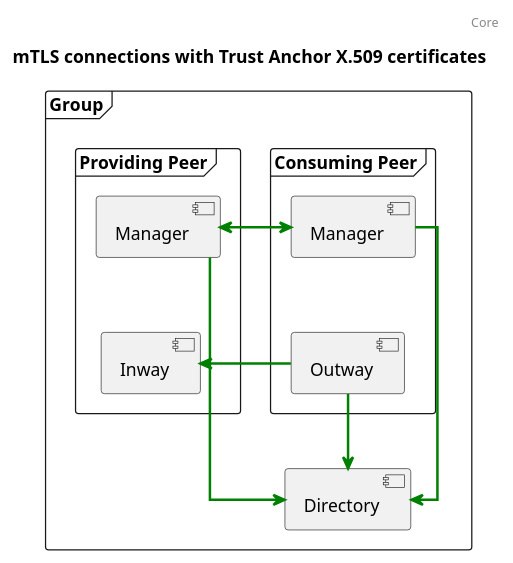
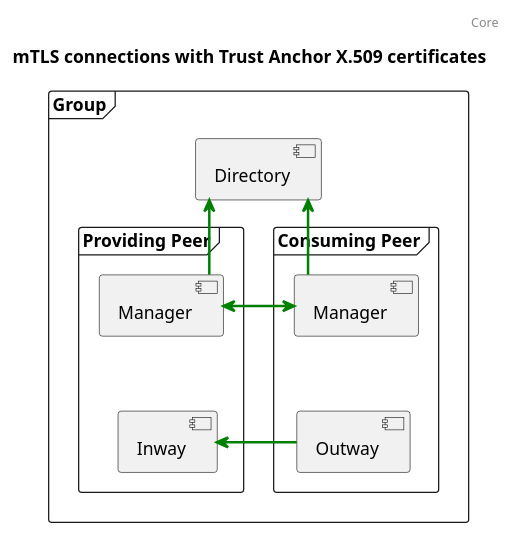
The diagram in diagrams/seq-mtls-connections.puml (Logius-standaarden/fsc-core), drawn with PlantUML before and after one commit. The commit also changed 2 other files, not shown here.

```diff
--- a/diagrams/seq-mtls-connections.puml
+++ b/diagrams/seq-mtls-connections.puml
@@ -1,29 +1,28 @@
 @startuml
 
 header: Core
 title mTLS connections with Trust Anchor X.509 certificates
 
 frame "Group" {
   frame "Consuming Peer" {
     component Outway as outway
     component "Manager" as managerConsumingPeer
   }
   frame "Providing Peer" {
      Component Inway as inway
      component "Manager" as managerProvidingPeer
   }
   component Directory as directory
 }
 
 managerConsumingPeer <-[bold,#green]l-> managerProvidingPeer
-managerProvidingPeer -[bold,#green]d-> directory
-managerConsumingPeer -[bold,#green]d-> directory
-outway -[bold,#green]d-> directory
+managerProvidingPeer -[bold,#green]u-> directory
+managerConsumingPeer -[bold,#green]u-> directory
 outway -[bold,#green]l-> inway
 outway -[hidden]u-> managerConsumingPeer
 inway -[hidden]u-> managerProvidingPeer
 
 skinparam boxPadding 50
 skinparam linetype polyline
 skinparam linetype ortho
 @enduml
```
